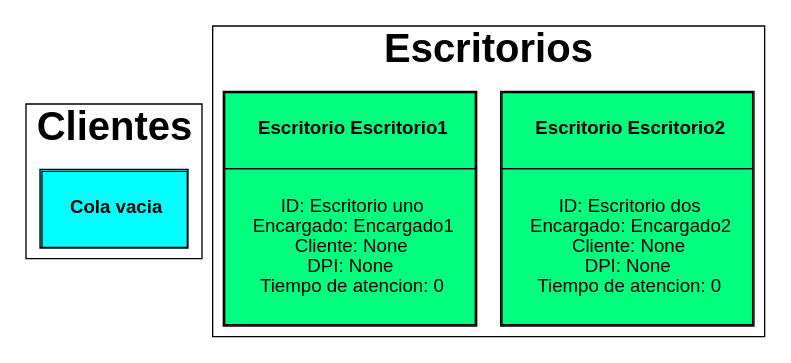
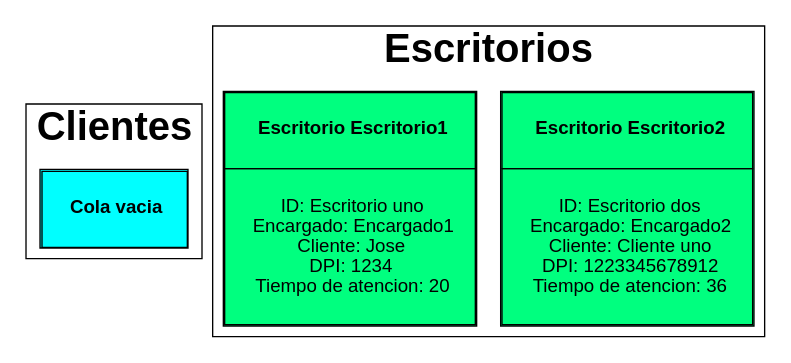
The diagram in estado.dot (robinbuezo11/IPC2_Proyecto2_201944994), drawn with Graphviz before and after one commit. The commit also changed 23 other files, not shown here.

```diff
--- a/estado.dot
+++ b/estado.dot
@@ -1,3 +1,3 @@
-digraph {fontname="Helventica,Arial,sans-serif" edge[dir=back] subgraph cluster0{fontsize=30 node[shape=plain style=filled pencolor="#00000" color="aqua" fontname="Helvetica,Arial,sans-serif"]Client[label=<<table cellspacing="0" cellpadding="20"><tr><td><b>Cola vacia</b></td></tr></table>>] label=<<b>Clientes</b>>} subgraph cluster1{fontsize=30 node[shape=plain style=filled pencolor="#00000" fontname="Helvetica,Arial,sans-serif"]DeskEscritorio2[color="springgreen" label=<<table cellspacing="0" cellpadding="20"><tr><td><b>Escritorio Escritorio2</b></td></tr><tr><td>ID: Escritorio dos<br/>Encargado: Encargado2<br/>Cliente: None<br/>DPI: None
-<br/>Tiempo de atencion: 0</td></tr></table>>]DeskEscritorio1[color="springgreen" label=<<table cellspacing="0" cellpadding="20"><tr><td><b>Escritorio Escritorio1</b></td></tr><tr><td>ID: Escritorio uno<br/>Encargado: Encargado1<br/>Cliente: None<br/>DPI: None
-<br/>Tiempo de atencion: 0</td></tr></table>>] label=<<b>Escritorios</b>>}}
+digraph {fontname="Helventica,Arial,sans-serif" edge[dir=back] subgraph cluster0{fontsize=30 node[shape=plain style=filled pencolor="#00000" color="aqua" fontname="Helvetica,Arial,sans-serif"]Client[label=<<table cellspacing="0" cellpadding="20"><tr><td><b>Cola vacia</b></td></tr></table>>] label=<<b>Clientes</b>>} subgraph cluster1{fontsize=30 node[shape=plain style=filled pencolor="#00000" fontname="Helvetica,Arial,sans-serif"]DeskEscritorio2[color="springgreen" label=<<table cellspacing="0" cellpadding="20"><tr><td><b>Escritorio Escritorio2</b></td></tr><tr><td>ID: Escritorio dos<br/>Encargado: Encargado2<br/>Cliente: Cliente uno<br/>DPI: 1223345678912
+<br/>Tiempo de atencion: 36</td></tr></table>>]DeskEscritorio1[color="springgreen" label=<<table cellspacing="0" cellpadding="20"><tr><td><b>Escritorio Escritorio1</b></td></tr><tr><td>ID: Escritorio uno<br/>Encargado: Encargado1<br/>Cliente: Jose<br/>DPI: 1234
+<br/>Tiempo de atencion: 20</td></tr></table>>] label=<<b>Escritorios</b>>}}
```
